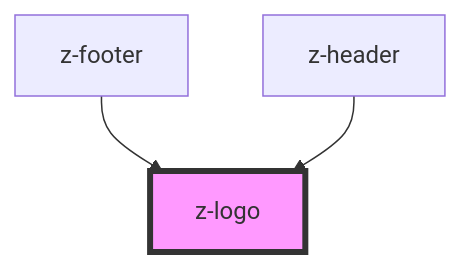
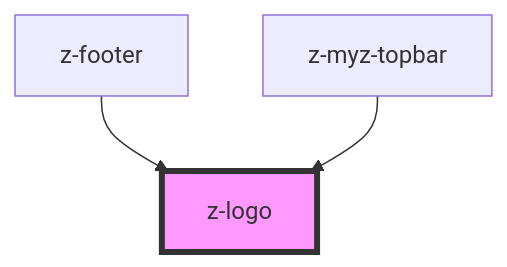
One commit to ZanichelliEditore/design-system changed the diagram in src/components/logo/z-logo/readme.md. Above: the diagram before and after it, drawn with Mermaid. The commit also changed other lines of this file and 14 other files, not shown here.

````diff
--- a/src/components/logo/z-logo/readme.md
+++ b/src/components/logo/z-logo/readme.md
@@ -33,6 +33,6 @@
 ```mermaid
 graph TD;
   z-footer --> z-logo
-  z-header --> z-logo
+  z-myz-topbar --> z-logo
   style z-logo fill:#f9f,stroke:#333,stroke-width:4px
 ```
````
